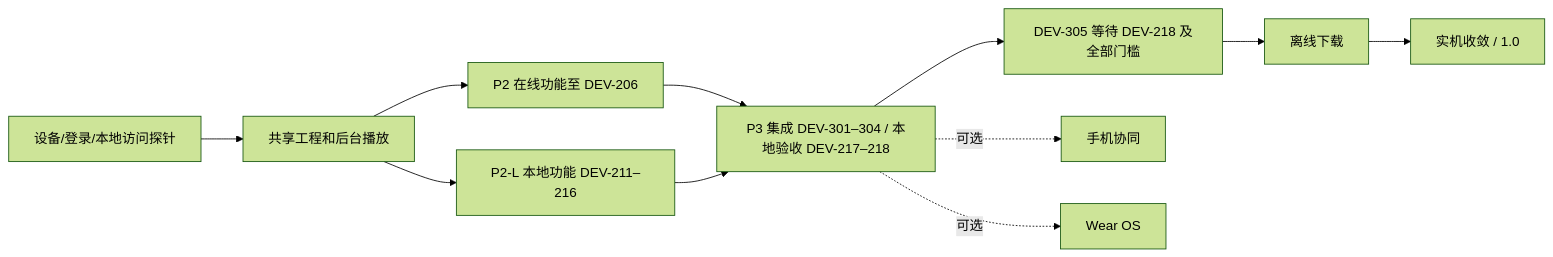
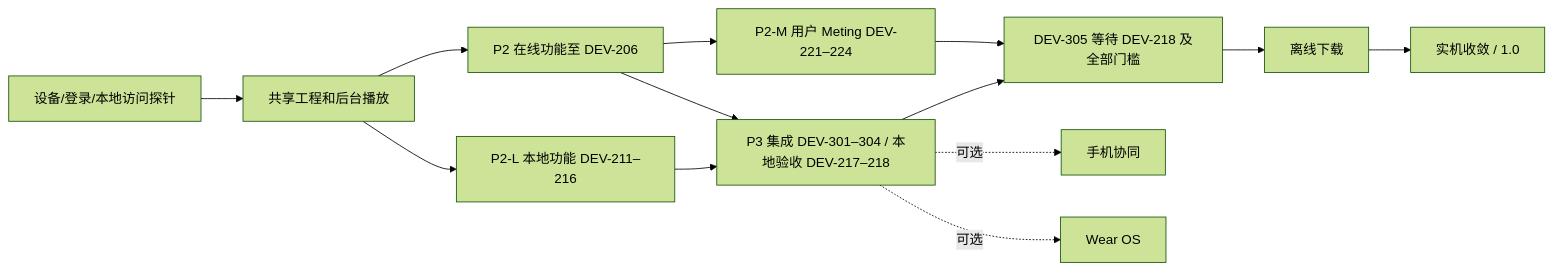
Before and after one commit to OnlineMo/MeloX-Watch: the diagram in docs/05-开发阶段与任务清单.md, drawn with Mermaid (forest theme). The commit also changed other lines of this file and 19 other files, not shown here.

````diff
--- a/docs/05-开发阶段与任务清单.md
+++ b/docs/05-开发阶段与任务清单.md
@@ -27,13 +28,15 @@
 ```mermaid
 flowchart LR
     P0[设备/登录/本地访问探针] --> P1[共享工程和后台播放]
     P1 --> P2[P2 在线功能至 DEV-206]
     P1 --> P2L[P2-L 本地功能 DEV-211–216]
+    P2 --> P2M[P2-M 用户 Meting DEV-221–224]
     P2 --> P3[P3 集成 DEV-301–304 / 本地验收 DEV-217–218]
     P2L --> P3
+    P2M --> G305
     P3 --> G305[DEV-305 等待 DEV-218 及全部门槛]
     G305 --> P4[离线下载]
     P4 --> P5[实机收敛 / 1.0]
     P3 -. 可选 .-> P6[手机协同]
     P3 -. 可选 .-> P7[Wear OS]
 ```
````
